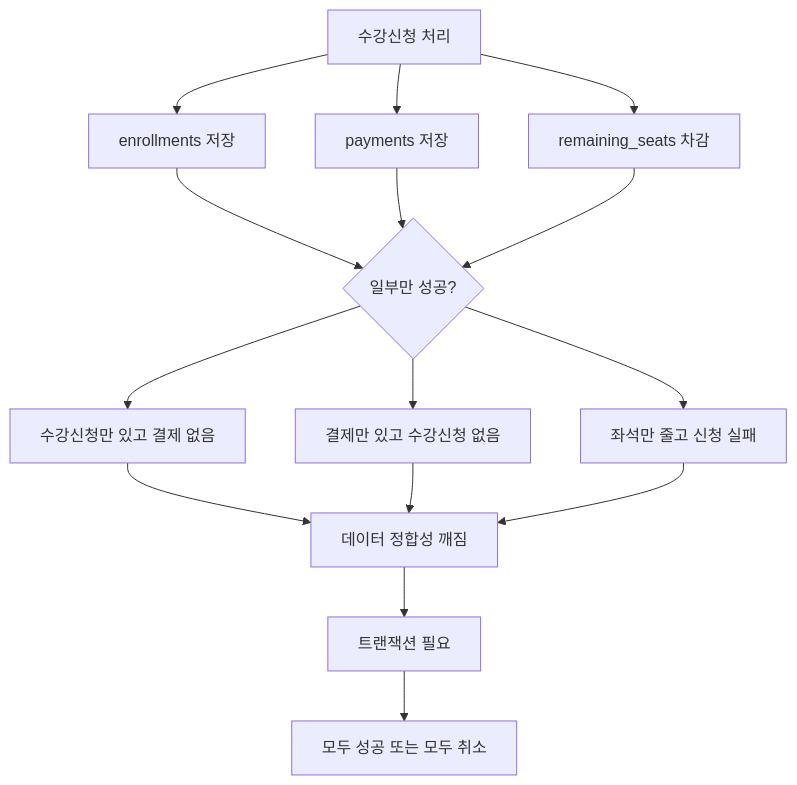
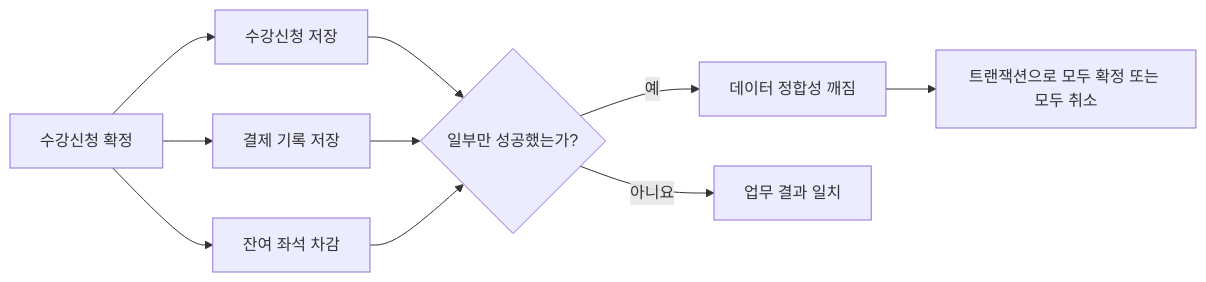
Before and after one commit to GilbertMoon/ai-database-book: the diagram in images/chapter09/ch09_01_transaction_need.mmd, drawn with Mermaid.

Commit message:
Simplify Chapter 09 transaction need Mermaid

```diff
--- a/images/chapter09/ch09_01_transaction_need.mmd
+++ b/images/chapter09/ch09_01_transaction_need.mmd
@@ -1,19 +1,10 @@
-flowchart TB
-    A[수강신청 처리] --> B[enrollments 저장]
-    A --> C[payments 저장]
-    A --> D[remaining_seats 차감]
-
-    B --> E{일부만 성공?}
+flowchart LR
+    A[수강신청 확정] --> B[수강신청 저장]
+    A --> C[결제 기록 저장]
+    A --> D[잔여 좌석 차감]
+    B --> E{일부만 성공했는가?}
     C --> E
     D --> E
-
-    E --> F[수강신청만 있고 결제 없음]
-    E --> G[결제만 있고 수강신청 없음]
-    E --> H[좌석만 줄고 신청 실패]
-
-    F --> I[데이터 정합성 깨짐]
-    G --> I
-    H --> I
-
-    I --> J[트랜잭션 필요]
-    J --> K[모두 성공 또는 모두 취소]
+    E -- 예 --> F[데이터 정합성 깨짐]
+    E -- 아니요 --> G[업무 결과 일치]
+    F --> H[트랜잭션으로 모두 확정 또는 모두 취소]
```
